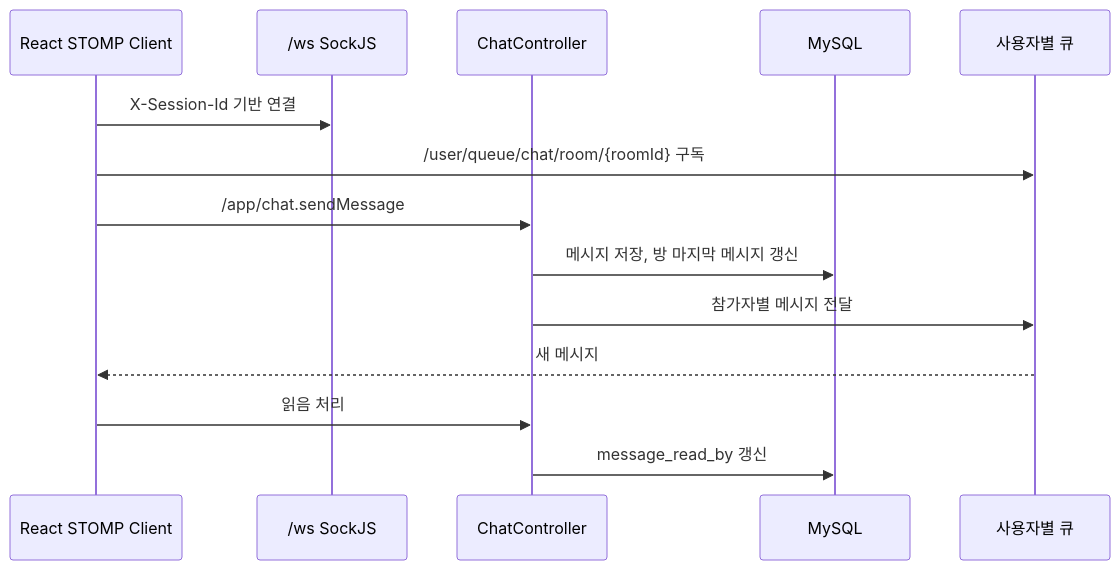
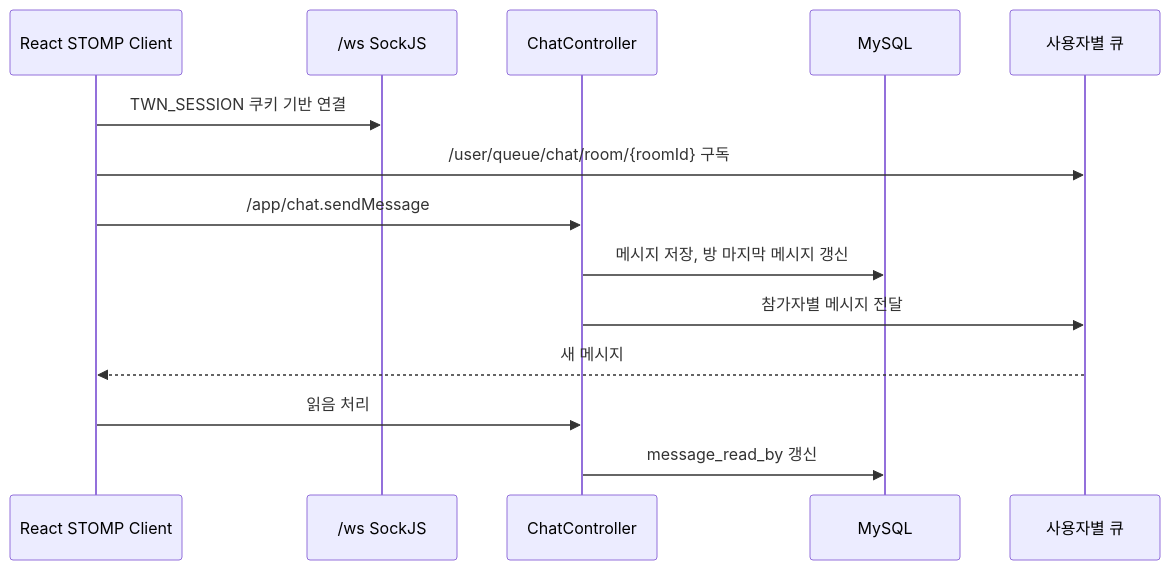
The fifth of 6 diagrams in docs/04-data-flows.md (gitUserKHS/talk_with_neighbors_back), drawn with Mermaid before and after one commit. The commit also changed other lines of this file and 94 other files, not shown here.

````diff
--- a/docs/04-data-flows.md
+++ b/docs/04-data-flows.md
@@ -86,17 +86,17 @@
 ```mermaid
 sequenceDiagram
     participant FE as React STOMP Client
     participant WS as /ws SockJS
     participant Chat as ChatController
     participant DB as MySQL
     participant Q as 사용자별 큐
 
-    FE->>WS: X-Session-Id 기반 연결
+    FE->>WS: TWN_SESSION 쿠키 기반 연결
     FE->>Q: /user/queue/chat/room/{roomId} 구독
     FE->>Chat: /app/chat.sendMessage
     Chat->>DB: 메시지 저장, 방 마지막 메시지 갱신
     Chat->>Q: 참가자별 메시지 전달
     Q-->>FE: 새 메시지
     FE->>Chat: 읽음 처리
     Chat->>DB: message_read_by 갱신
 ```
````
